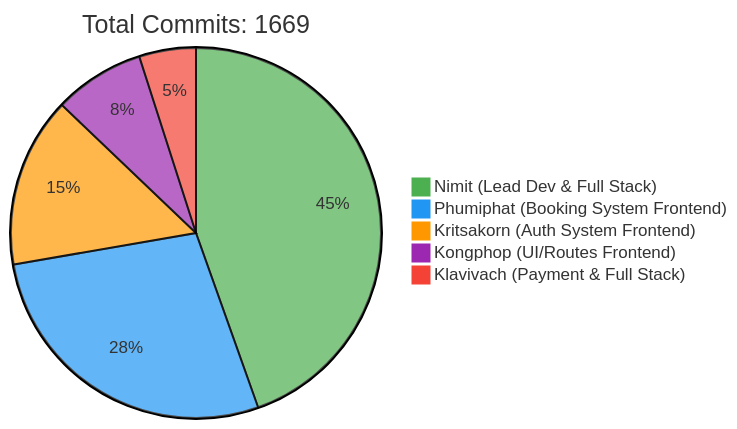
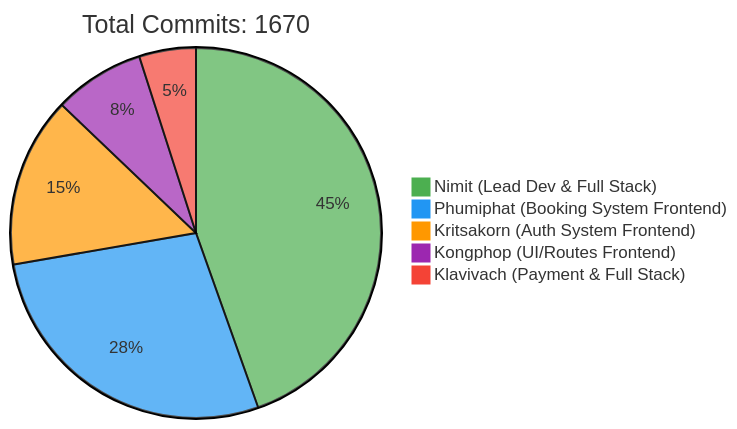
One commit to 6531503042/Sport-Complex changed the first of 2 diagrams in README.md. Above: the diagram before and after it, drawn with Mermaid. The commit also changed other lines of this file, not shown here.

Commit message:
docs: Update contributor statistics [skip ci]

````diff
--- a/README.md
+++ b/README.md
@@ -257,10 +257,10 @@
 ```mermaid
 %%{init: {'theme': 'base', 'themeVariables': { 'pie1': '#4CAF50', 'pie2': '#2196F3', 'pie3': '#FF9800', 'pie4': '#9C27B0', 'pie5': '#F44336'}}}%%
 pie
-    title Total Commits: 1669
+    title Total Commits: 1670
     "Nimit (Lead Dev & Full Stack)" : 450
     "Phumiphat (Booking System Frontend)" : 280
     "Kritsakorn (Auth System Frontend)" : 150
     "Kongphop (UI/Routes Frontend)" : 80
     "Klavivach (Payment & Full Stack)" : 50
 ```
````
